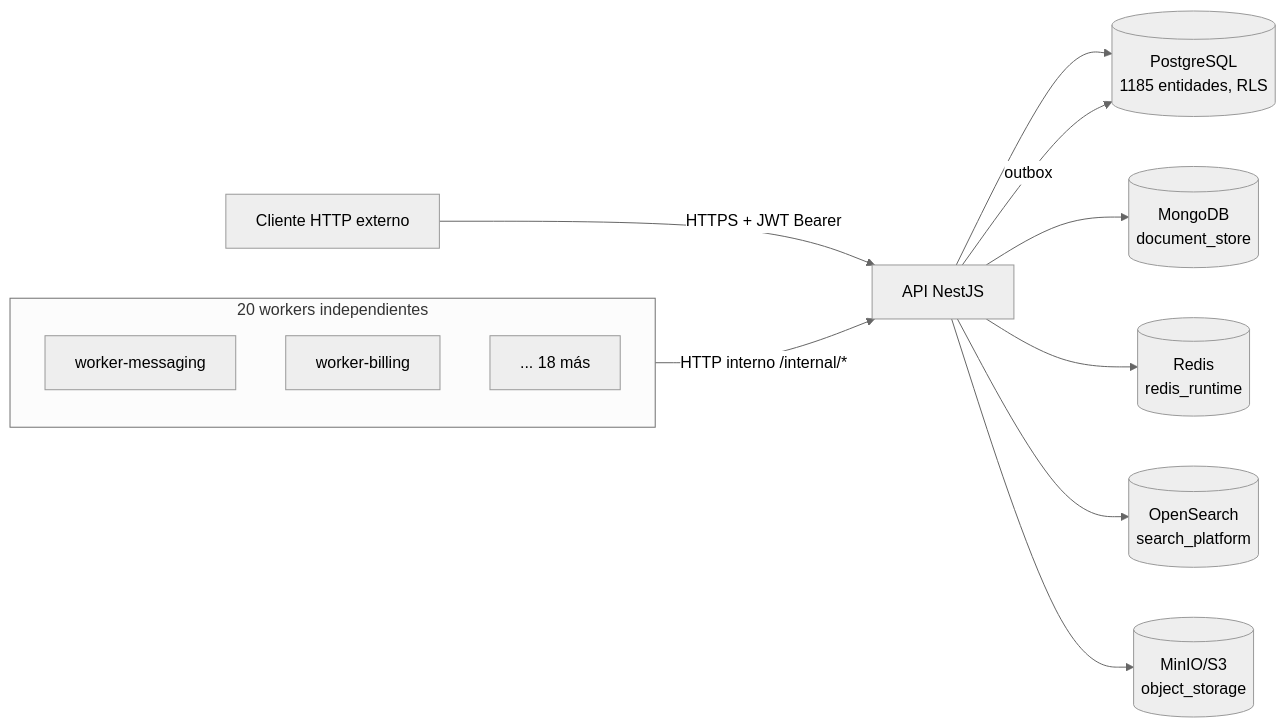
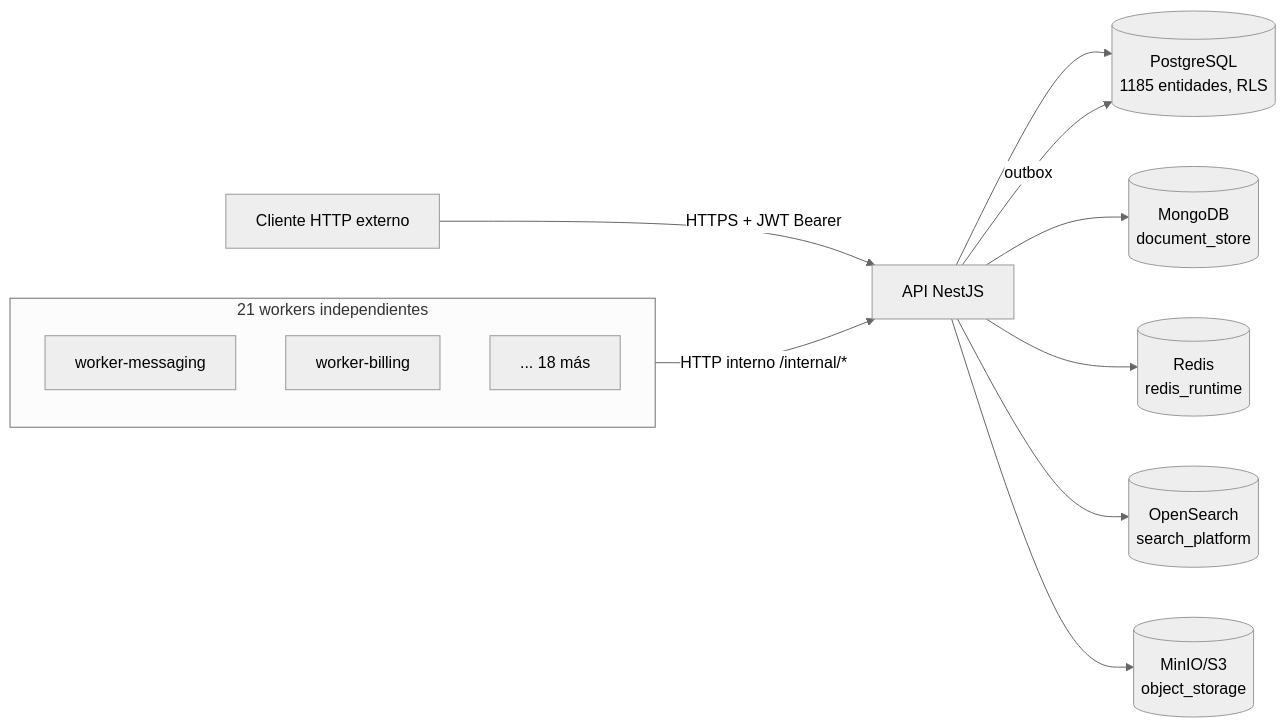
Before and after one commit to mdavila-2001/mantra-core-health-api: the diagram in docs/index.md, drawn with Mermaid (neutral theme). The commit also changed other lines of this file and 17 other files, not shown here.

````diff
--- a/docs/index.md
+++ b/docs/index.md
@@ -19,17 +19,17 @@
 ```mermaid
 flowchart LR
   Client[Cliente HTTP externo] -->|HTTPS + JWT Bearer| API[API NestJS]
   API --> PG[(PostgreSQL<br/>1185 entidades, RLS)]
   API --> Mongo[(MongoDB<br/>document_store)]
   API --> Redis[(Redis<br/>redis_runtime)]
   API --> OS[(OpenSearch<br/>search_platform)]
   API --> MinIO[(MinIO/S3<br/>object_storage)]
   API -->|outbox| PG
-  subgraph W[20 workers independientes]
+  subgraph W[21 workers independientes]
     direction TB
     W1[worker-messaging]
     W2[worker-billing]
     Wn[... 18 más]
   end
   W -->|HTTP interno /internal/*| API
 ```
````
